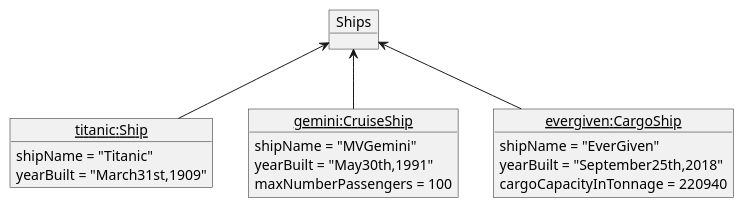
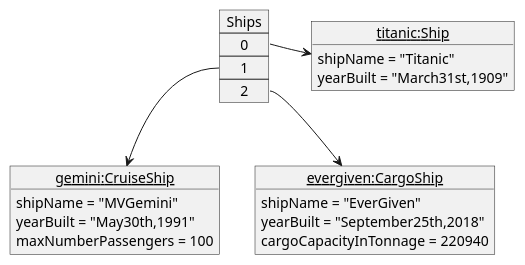
The diagram in HW3/src/Ship_ClassDiagram.puml (HsiehGrace/CS5800_SDLC), drawn with PlantUML before and after one commit. The commit also changed 1 other file, not shown here.

```diff
--- a/HW3/src/Ship_ClassDiagram.puml
+++ b/HW3/src/Ship_ClassDiagram.puml
@@ -1,27 +1,27 @@
 @startuml
 
 object "<u>titanic:Ship</u>" as ship1{
    shipName = "Titanic"
    yearBuilt = "March31st,1909"
 }
 
 object "<u>gemini:CruiseShip</u>" as ship2{
     shipName = "MVGemini"
     yearBuilt = "May30th,1991"
     maxNumberPassengers = 100
 }
 
 object "<u>evergiven:CargoShip</u>" as ship3{
     shipName = "EverGiven"
     yearBuilt = "September25th,2018"
     cargoCapacityInTonnage = 220940
 }
 
-object "Ships" as ships{
+map "Ships" as ships{
+0 *-> ship1
+1 *--> ship2
+2 *--> ship3
 }
 
-ships <-- ship1
-ships <-- ship2
-ships <-- ship3
 
 @enduml
```
